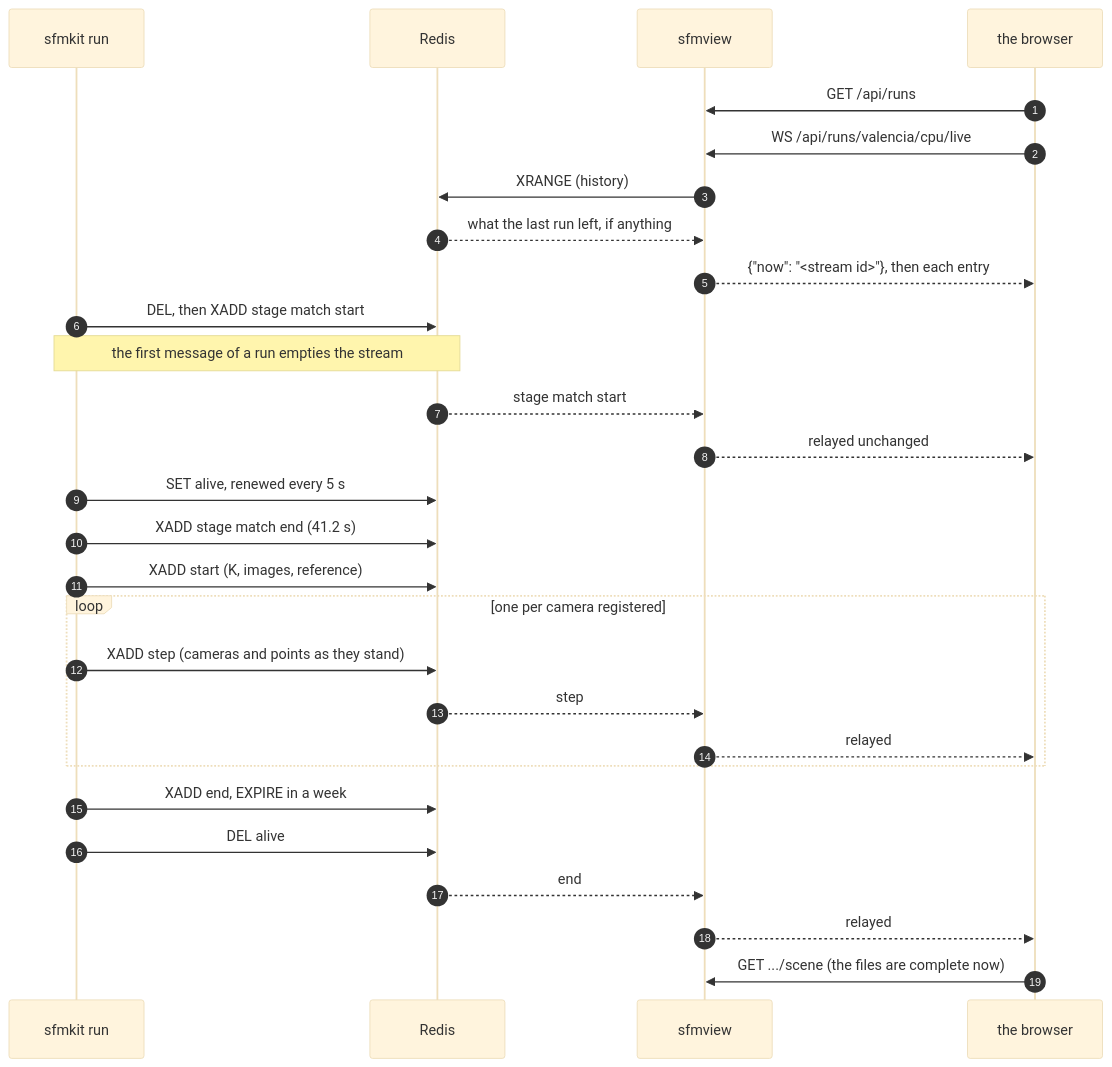
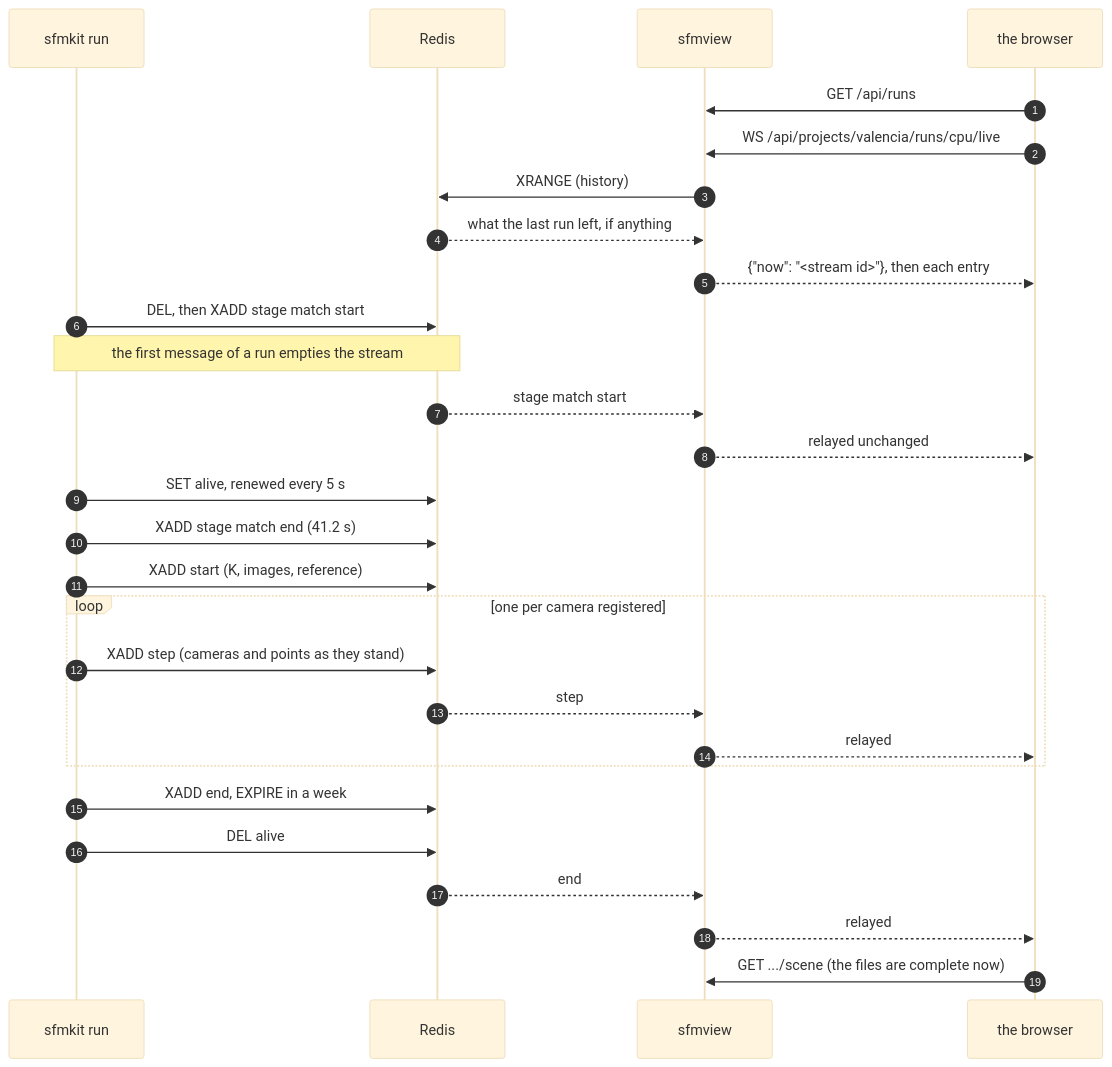
The diagram in docs/viewer.md (dpadillaor/sfmkit), drawn with Mermaid (base theme) before and after one commit. The commit also changed other lines of this file and 465 other files, not shown here.

````diff
--- a/docs/viewer.md
+++ b/docs/viewer.md
@@ -113,32 +112,32 @@
 ```mermaid
 sequenceDiagram
     autonumber
     participant K as sfmkit run
     participant R as Redis
     participant V as sfmview
     participant B as the browser
 
     B->>V: GET /api/runs
-    B->>V: WS /api/runs/valencia/cpu/live
+    B->>V: WS /api/projects/valencia/runs/cpu/live
     V->>R: XRANGE (history)
     R-->>V: what the last run left, if anything
     V-->>B: {"now": "<stream id>"}, then each entry
 
     K->>R: DEL, then XADD stage match start
     Note over K,R: the first message of a run empties the stream
     R-->>V: stage match start
     V-->>B: relayed unchanged
     K->>R: SET alive, renewed every 5 s
     K->>R: XADD stage match end (41.2 s)
     K->>R: XADD start (K, images, reference)
     loop one per camera registered
         K->>R: XADD step (cameras and points as they stand)
         R-->>V: step
         V-->>B: relayed
     end
     K->>R: XADD end, EXPIRE in a week
     K->>R: DEL alive
     R-->>V: end
     V-->>B: relayed
     B->>V: GET .../scene (the files are complete now)
 ```
````
